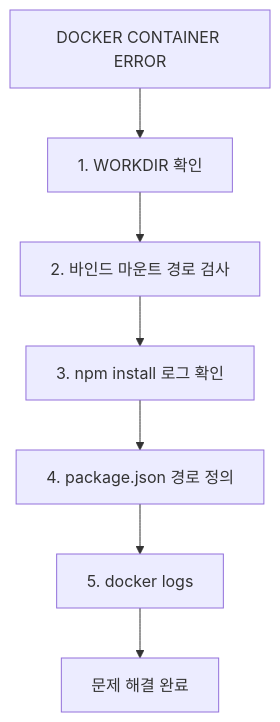
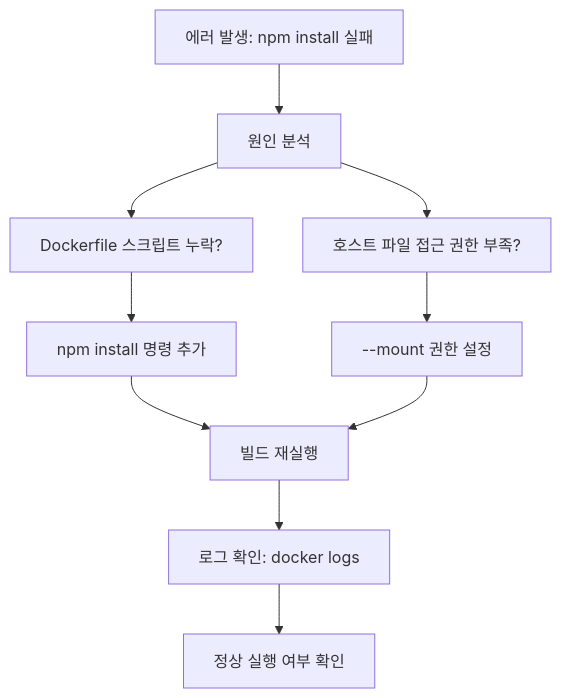
The first of 2 diagrams in lectures/week1/day3/deep_dive.md (niceguy61/aws-saa-lecture-2026), drawn with Mermaid before and after one commit. The commit also changed other lines of this file and 8 other files, not shown here.

````diff
--- a/lectures/week1/day3/deep_dive.md
+++ b/lectures/week1/day3/deep_dive.md
@@ -7,9 +7,12 @@
 ```mermaid
 graph TD
-  A[DOCKER CONTAINER ERROR] --> B[1. WORKDIR 확인]
-  B --> C[2. 바인드 마운트 경로 검사]
-  C --> D[3. npm install 로그 확인]
-  D --> E[4. package.json 경로 정의]
-  E --> F[5. docker logs <container-id>]
-  F --> G[문제 해결 완료]
+  A[에러 발생: npm install 실패] --> B[원인 분석]
+  B --> C[Dockerfile 스크립트 누락?]
+  B --> D[호스트 파일 접근 권한 부족?]
+  C --> E[npm install 명령 추가]
+  D --> F[--mount 권한 설정]
+  E --> G[빌드 재실행]
+  F --> G
+  G --> H[로그 확인: docker logs]
+  H --> I[정상 실행 여부 확인]
 ```
````
